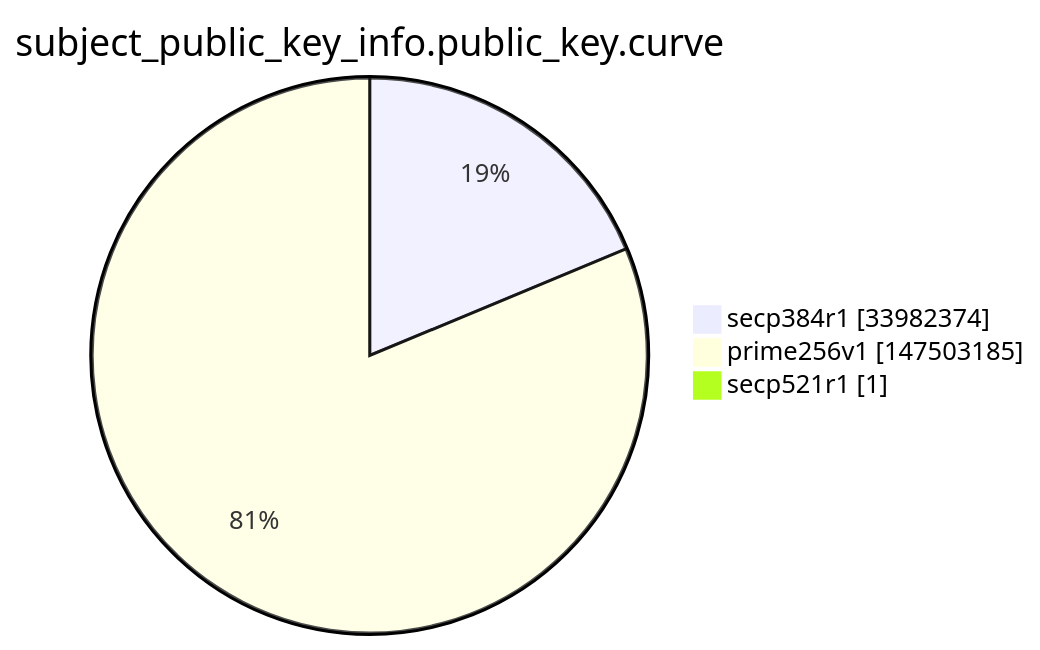
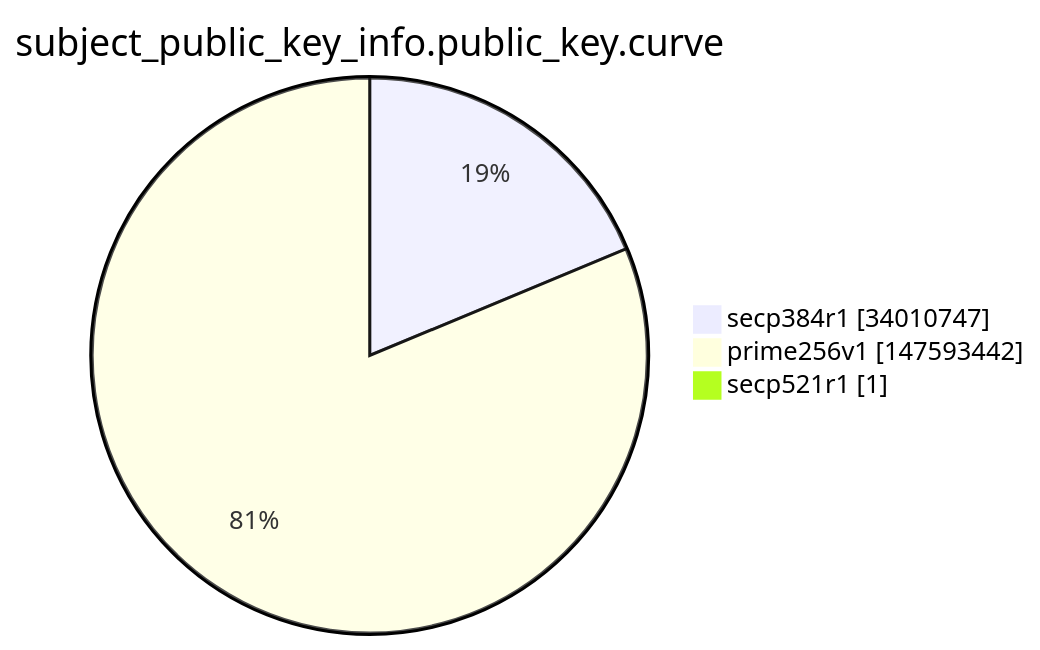
The ninth of 15 diagrams in argon2022/README.md (christiankrug/ctmonitor_visualization), drawn with Mermaid before and after one commit. The commit also changed other lines of this file, not shown here.

````diff
--- a/argon2022/README.md
+++ b/argon2022/README.md
@@ -2764,7 +2764,7 @@
 ```mermaid
 pie showData
 title subject_public_key_info.public_key.curve
-"secp384r1" :33982374
-"prime256v1" :147503185
+"secp384r1" :34010747
+"prime256v1" :147593442
 "secp521r1" :1
 ```
````
